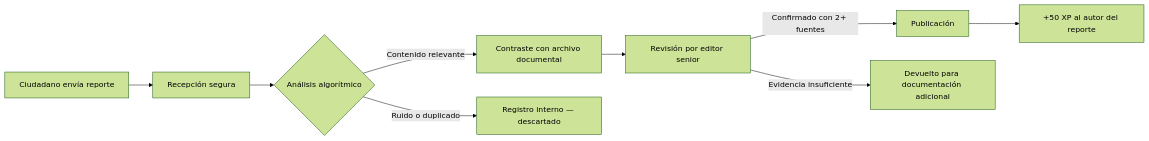
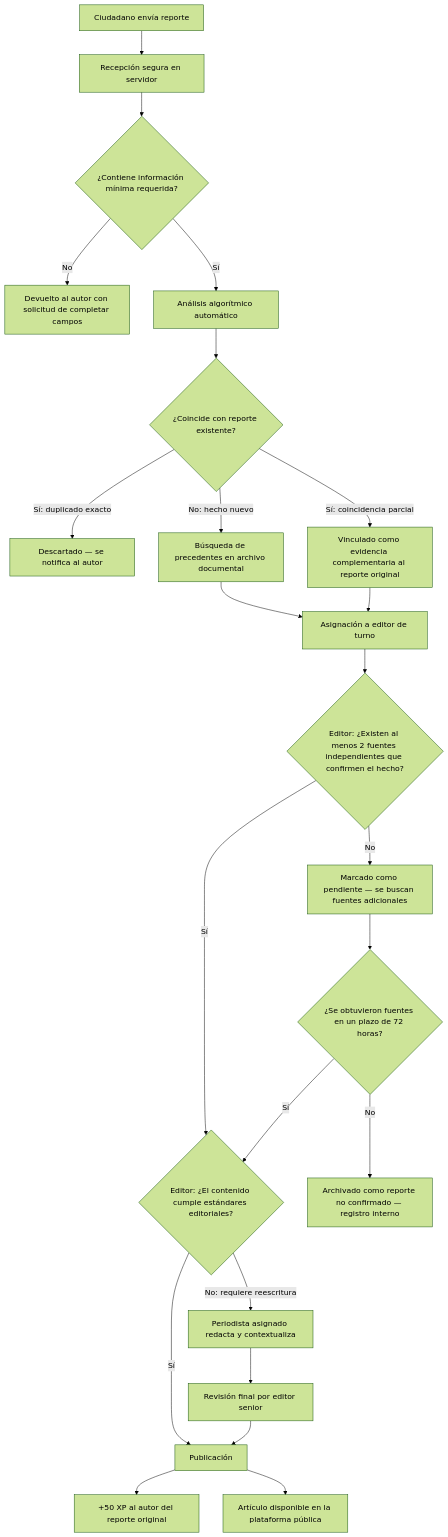
Before and after one commit to LuisSambrano/libertad-showcase: the second of 2 diagrams in README.md, drawn with Mermaid (forest theme). The commit also changed other lines of this file and 3 other files, not shown here.

````diff
--- a/README.md
+++ b/README.md
@@ -135,11 +154,32 @@
 ```mermaid
-flowchart LR
-    A["Ciudadano envía reporte"] --> B["Recepción segura"]
-    B --> C{"Análisis algorítmico"}
-    C -->|"Contenido relevante"| D["Contraste con archivo documental"]
-    C -->|"Ruido o duplicado"| E["Registro interno — descartado"]
-    D --> F["Revisión por editor senior"]
-    F -->|"Confirmado con 2+ fuentes"| G["Publicación"]
-    F -->|"Evidencia insuficiente"| H["Devuelto para documentación adicional"]
-    G --> I["+50 XP al autor del reporte"]
+flowchart TD
+    A["Ciudadano envía reporte"] --> B["Recepción segura en servidor"]
+    B --> C{"¿Contiene información mínima requerida?"}
+    C -->|"No"| D["Devuelto al autor con solicitud de completar campos"]
+    C -->|"Sí"| E["Análisis algorítmico automático"]
+    
+    E --> F{"¿Coincide con reporte existente?"}
+    F -->|"Sí: duplicado exacto"| G["Descartado — se notifica al autor"]
+    F -->|"Sí: coincidencia parcial"| H["Vinculado como evidencia complementaria al reporte original"]
+    F -->|"No: hecho nuevo"| I["Búsqueda de precedentes en archivo documental"]
+    
+    I --> J["Asignación a editor de turno"]
+    H --> J
+    
+    J --> K{"Editor: ¿Existen al menos 2 fuentes independientes que confirmen el hecho?"}
+    K -->|"No"| L["Marcado como pendiente — se buscan fuentes adicionales"]
+    K -->|"Sí"| M{"Editor: ¿El contenido cumple estándares editoriales?"}
+    
+    L --> N{"¿Se obtuvieron fuentes en un plazo de 72 horas?"}
+    N -->|"No"| O["Archivado como reporte no confirmado — registro interno"]
+    N -->|"Sí"| M
+    
+    M -->|"No: requiere reescritura"| P["Periodista asignado redacta y contextualiza"]
+    M -->|"Sí"| Q["Publicación"]
+    
+    P --> R["Revisión final por editor senior"]
+    R --> Q
+    
+    Q --> S["+50 XP al autor del reporte original"]
+    Q --> T["Artículo disponible en la plataforma pública"]
 ```
````
